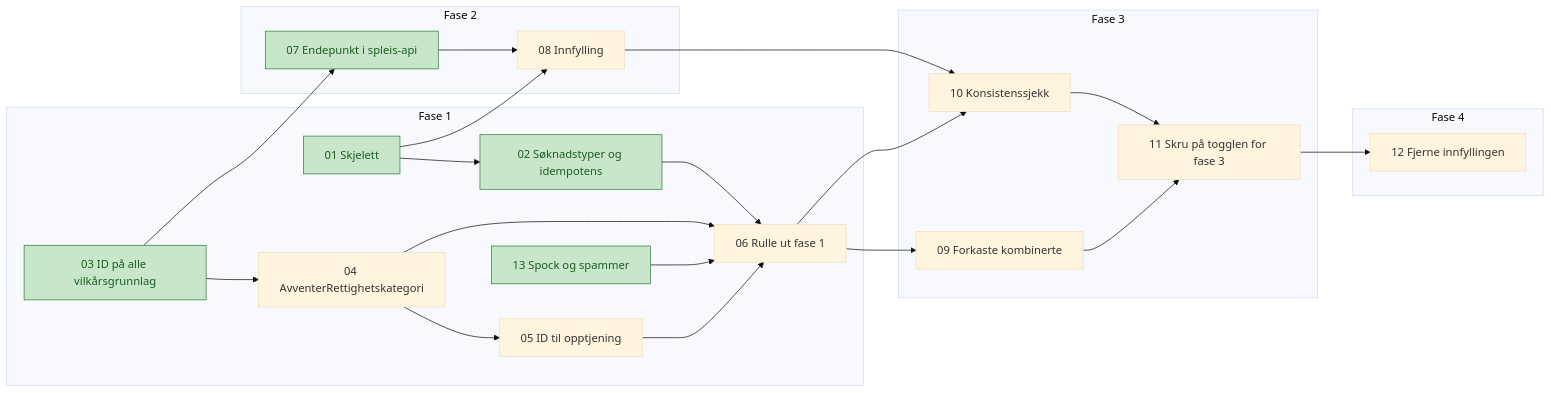
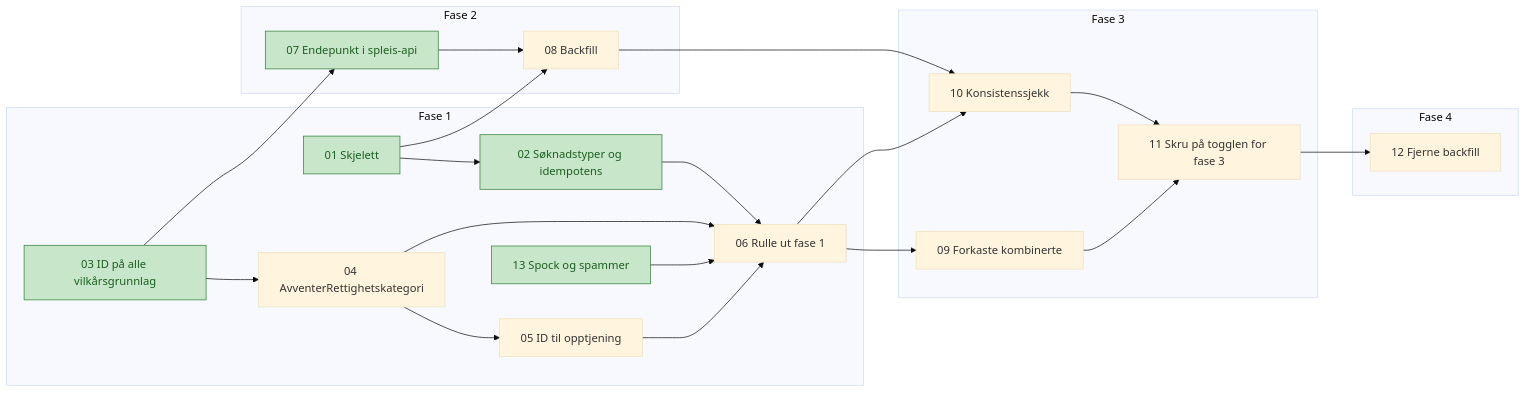
One commit to navikt/helse-sas-meta changed the diagram in docs/tickets/avklare-rettighetskategori/index.md. Above: the diagram before and after it, drawn with Mermaid (base theme). The commit also changed other lines of this file and 9 other files, not shown here.

Commit message:
📝 Bruk begrepet backfill i stedet for innfylling

````diff
--- a/docs/tickets/avklare-rettighetskategori/index.md
+++ b/docs/tickets/avklare-rettighetskategori/index.md
@@ -21,31 +21,31 @@
 ```mermaid
 flowchart LR
     subgraph F1[Fase 1]
         T01[01 Skjelett] --> T02[02 Søknadstyper og idempotens]
         T03[03 ID på alle vilkårsgrunnlag] --> T04[04 AvventerRettighetskategori]
         T04 --> T05[05 ID til opptjening]
         T02 --> T06[06 Rulle ut fase 1]
         T04 --> T06
         T05 --> T06
         T13[13 Spock og spammer] --> T06
     end
     subgraph F2[Fase 2]
-        T07[07 Endepunkt i spleis-api] --> T08[08 Innfylling]
+        T07[07 Endepunkt i spleis-api] --> T08[08 Backfill]
     end
     subgraph F3[Fase 3]
         T09[09 Forkaste kombinerte] --> T11[11 Skru på togglen for fase 3]
         T10[10 Konsistenssjekk] --> T11
     end
     subgraph F4[Fase 4]
-        T12[12 Fjerne innfyllingen]
+        T12[12 Fjerne backfill]
     end
     T03 --> T07
     T01 --> T08
     T06 --> T09
     T06 --> T10
     T08 --> T10
     T11 --> T12
 
     classDef ferdig fill:#c8e6c9,stroke:#2e7d32,color:#1b5e20
     class T01,T02,T07,T13,T03 ferdig
 ```
````
